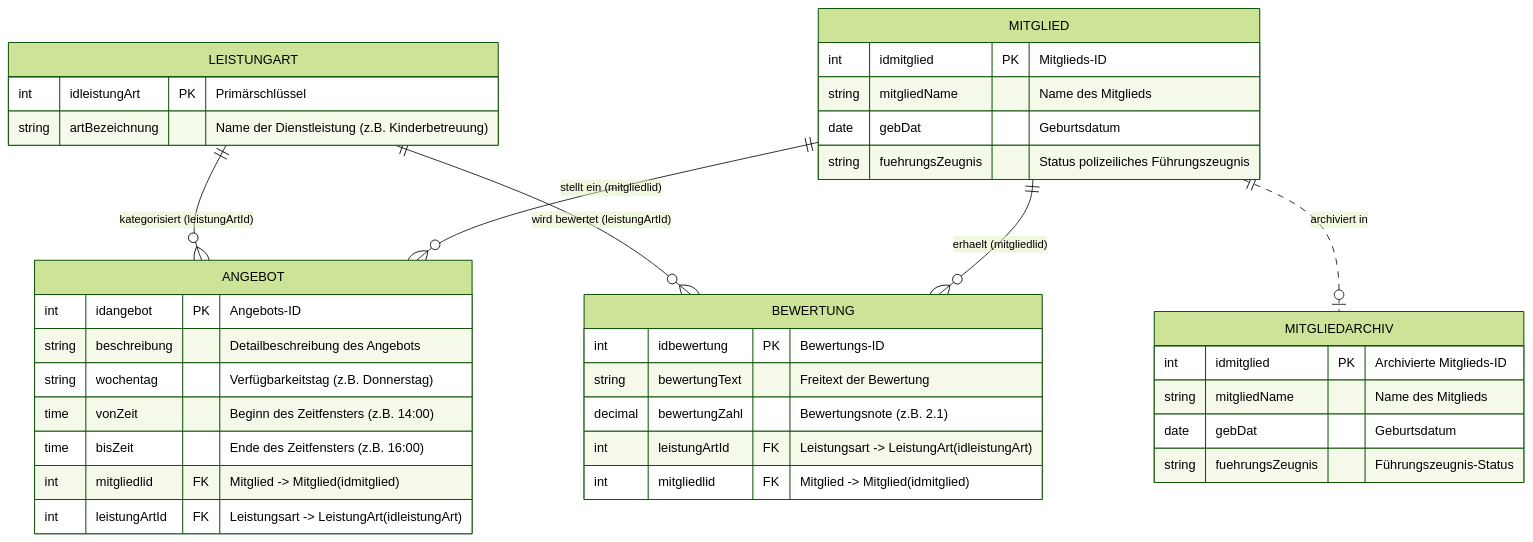
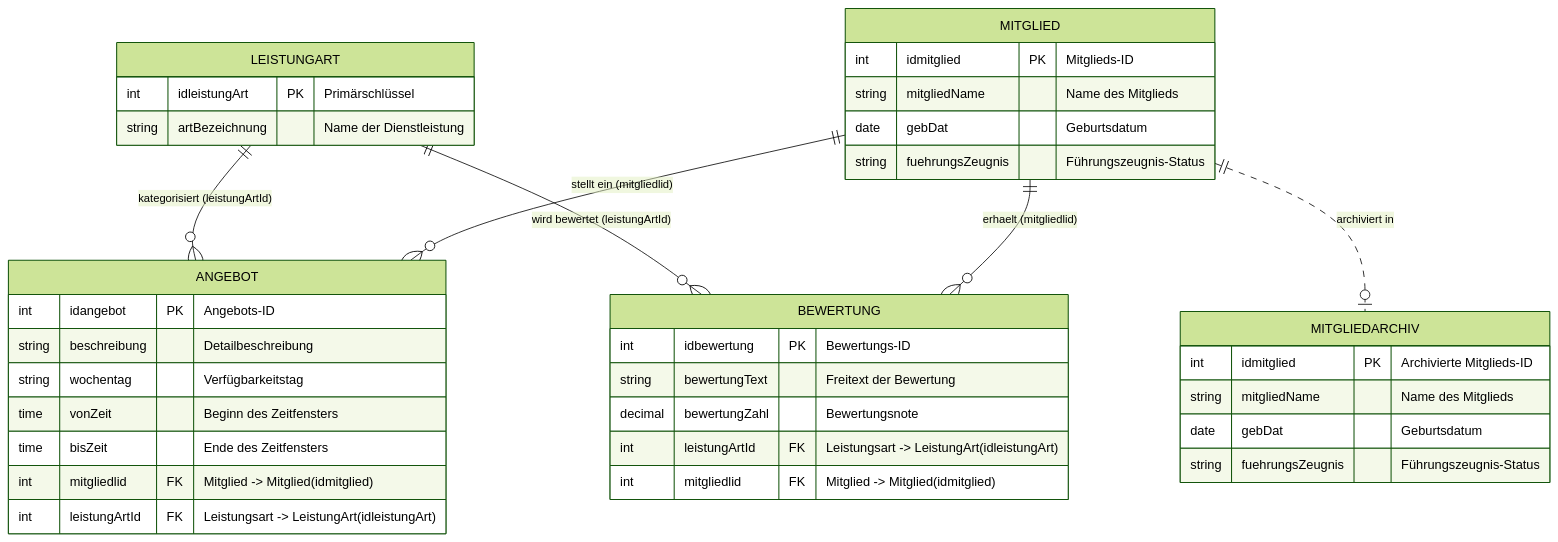
The first of 10 diagrams in Day_22/readme.md (T-Boyke/SQL-Fundamentals), drawn with Mermaid (forest theme) before and after one commit. The commit also changed other lines of this file and 6 other files, not shown here.

````diff
--- a/Day_22/readme.md
+++ b/Day_22/readme.md
@@ -36,45 +37,45 @@
 ```mermaid
 erDiagram
     LEISTUNGART ||--o{ ANGEBOT : "kategorisiert (leistungArtId)"
     LEISTUNGART ||--o{ BEWERTUNG : "wird bewertet (leistungArtId)"
     MITGLIED ||--o{ ANGEBOT : "stellt ein (mitgliedlid)"
     MITGLIED ||--o{ BEWERTUNG : "erhaelt (mitgliedlid)"
     MITGLIED ||..o| MITGLIEDARCHIV : "archiviert in"
 
     LEISTUNGART {
         int idleistungArt PK "Primärschlüssel"
-        string artBezeichnung "Name der Dienstleistung (z.B. Kinderbetreuung)"
+        string artBezeichnung "Name der Dienstleistung"
     }
 
     MITGLIED {
         int idmitglied PK "Mitglieds-ID"
         string mitgliedName "Name des Mitglieds"
         date gebDat "Geburtsdatum"
-        string fuehrungsZeugnis "Status polizeiliches Führungszeugnis"
+        string fuehrungsZeugnis "Führungszeugnis-Status"
     }
 
     ANGEBOT {
         int idangebot PK "Angebots-ID"
-        string beschreibung "Detailbeschreibung des Angebots"
-        string wochentag "Verfügbarkeitstag (z.B. Donnerstag)"
-        time vonZeit "Beginn des Zeitfensters (z.B. 14:00)"
-        time bisZeit "Ende des Zeitfensters (z.B. 16:00)"
+        string beschreibung "Detailbeschreibung"
+        string wochentag "Verfügbarkeitstag"
+        time vonZeit "Beginn des Zeitfensters"
+        time bisZeit "Ende des Zeitfensters"
         int mitgliedlid FK "Mitglied -> Mitglied(idmitglied)"
         int leistungArtId FK "Leistungsart -> LeistungArt(idleistungArt)"
     }
 
     BEWERTUNG {
         int idbewertung PK "Bewertungs-ID"
         string bewertungText "Freitext der Bewertung"
-        decimal bewertungZahl "Bewertungsnote (z.B. 2.1)"
+        decimal bewertungZahl "Bewertungsnote"
         int leistungArtId FK "Leistungsart -> LeistungArt(idleistungArt)"
         int mitgliedlid FK "Mitglied -> Mitglied(idmitglied)"
     }
 
     MITGLIEDARCHIV {
         int idmitglied PK "Archivierte Mitglieds-ID"
         string mitgliedName "Name des Mitglieds"
         date gebDat "Geburtsdatum"
         string fuehrungsZeugnis "Führungszeugnis-Status"
     }
 ```
````
